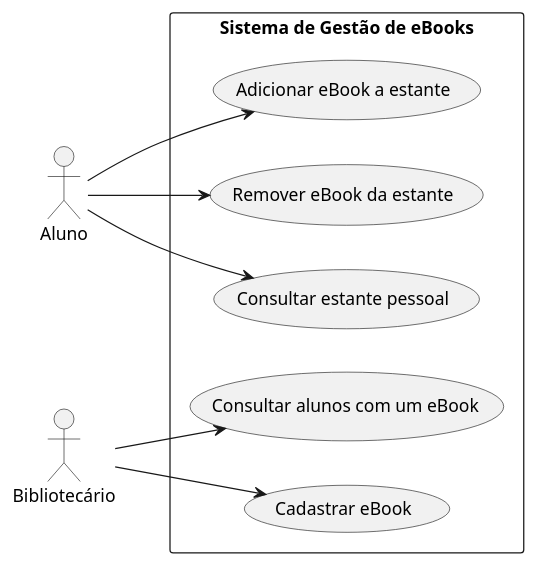
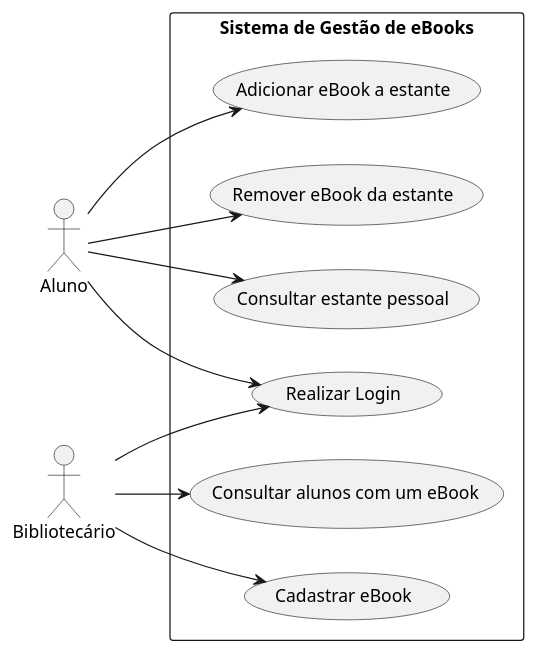
The diagram in docs/diagramas/casos-de-uso.puml (fillmello/lab01-ebooks-biblioteca), drawn with PlantUML before and after one commit. The commit also changed 1 other file, not shown here.

```diff
--- a/docs/diagramas/casos-de-uso.puml
+++ b/docs/diagramas/casos-de-uso.puml
@@ -1,22 +1,25 @@
 @startuml casos_de_uso_ebooks
 left to right direction
 skinparam packageStyle rectangle
 
 actor Aluno
 actor Bibliotecario as "Bibliotecário"
 
 rectangle "Sistema de Gestão de eBooks" {
+  usecase "Realizar Login" as UC01
   usecase "Adicionar eBook a estante" as UC02
   usecase "Remover eBook da estante" as UC03
   usecase "Consultar estante pessoal" as UC04
   usecase "Consultar alunos com um eBook" as UC05
   usecase "Cadastrar eBook" as UC06
 }
 
+Aluno --> UC01
 Aluno --> UC02
 Aluno --> UC03
 Aluno --> UC04
+Bibliotecario --> UC01
 Bibliotecario --> UC05
 Bibliotecario --> UC06
 
 @enduml
```
